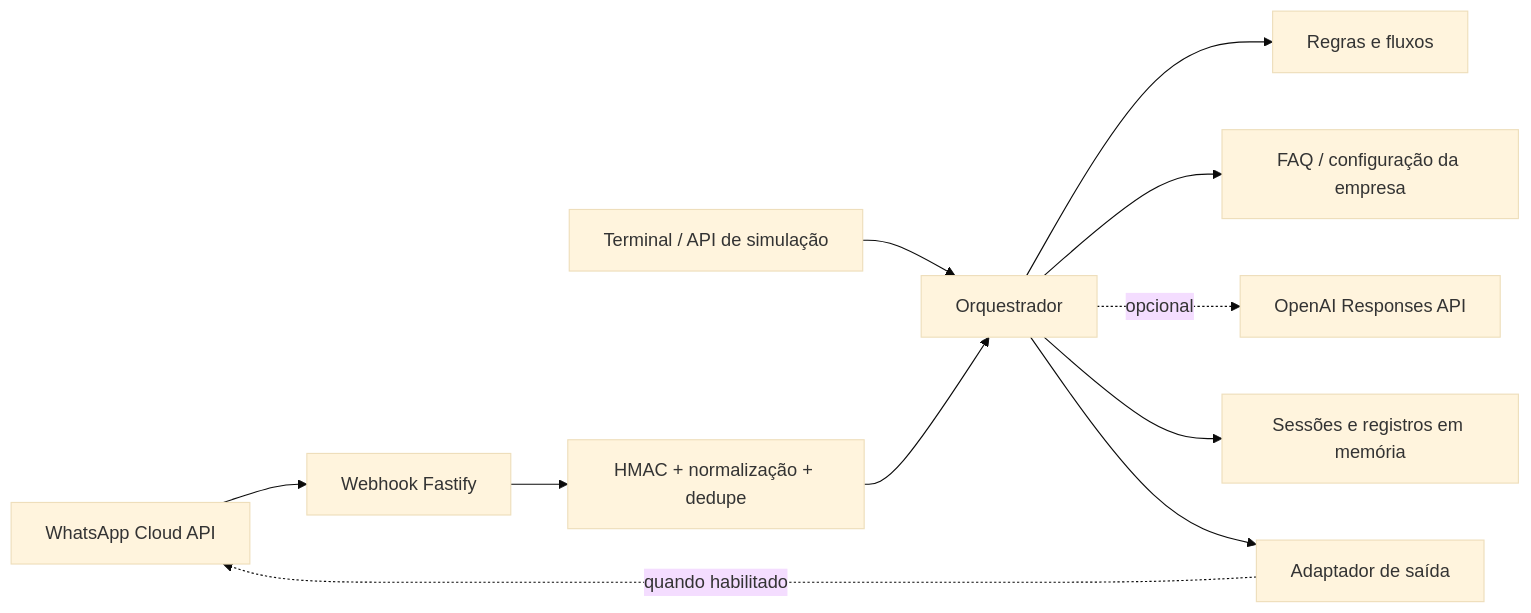
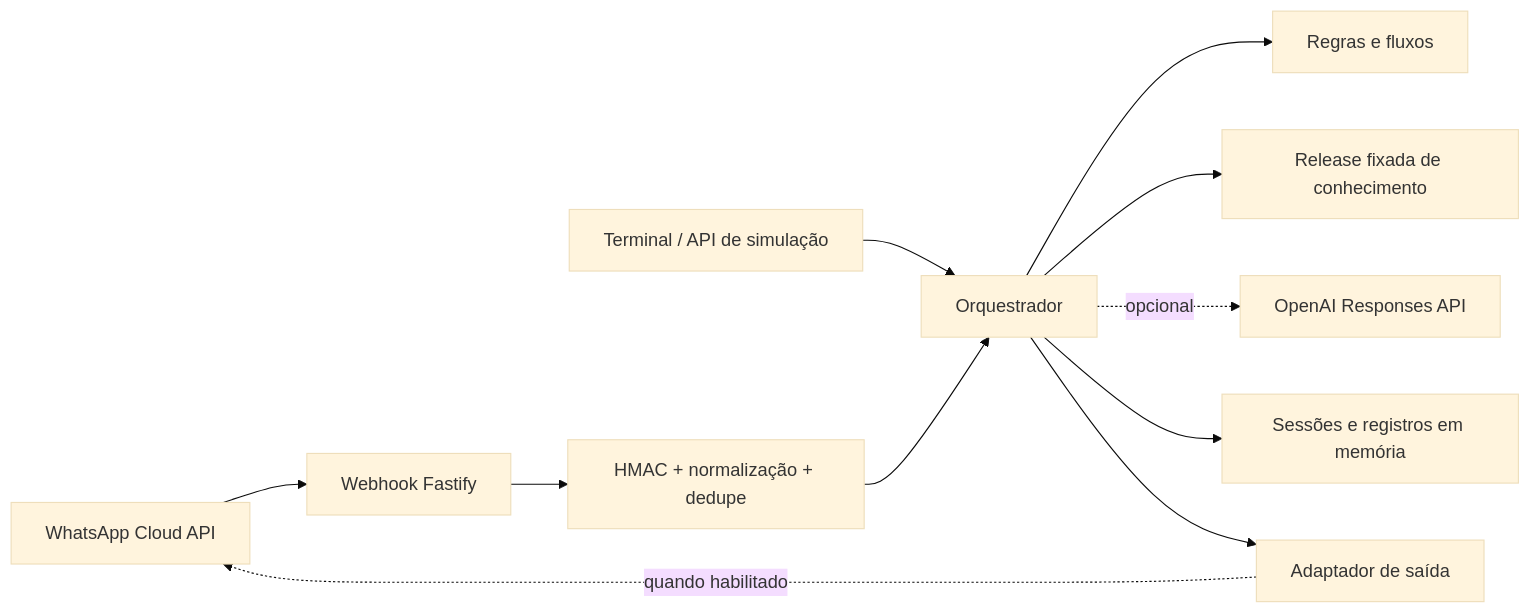
The diagram in README.md (Movits/yolo-hub-agents), drawn with Mermaid (base theme) before and after one commit. The commit also changed other lines of this file and 27 other files, not shown here.

````diff
--- a/README.md
+++ b/README.md
@@ -26,13 +27,13 @@
 ```mermaid
 flowchart LR
     WA["WhatsApp Cloud API"] --> WH["Webhook Fastify"]
     SIM["Terminal / API de simulação"] --> AG["Orquestrador"]
     WH --> SIG["HMAC + normalização + dedupe"]
     SIG --> AG
     AG --> RULES["Regras e fluxos"]
-    AG --> KB["FAQ / configuração da empresa"]
+    AG --> KB["Release fixada de conhecimento"]
     AG -. opcional .-> AI["OpenAI Responses API"]
     AG --> MEM["Sessões e registros em memória"]
     AG --> OUT["Adaptador de saída"]
     OUT -. quando habilitado .-> WA
 ```
````
